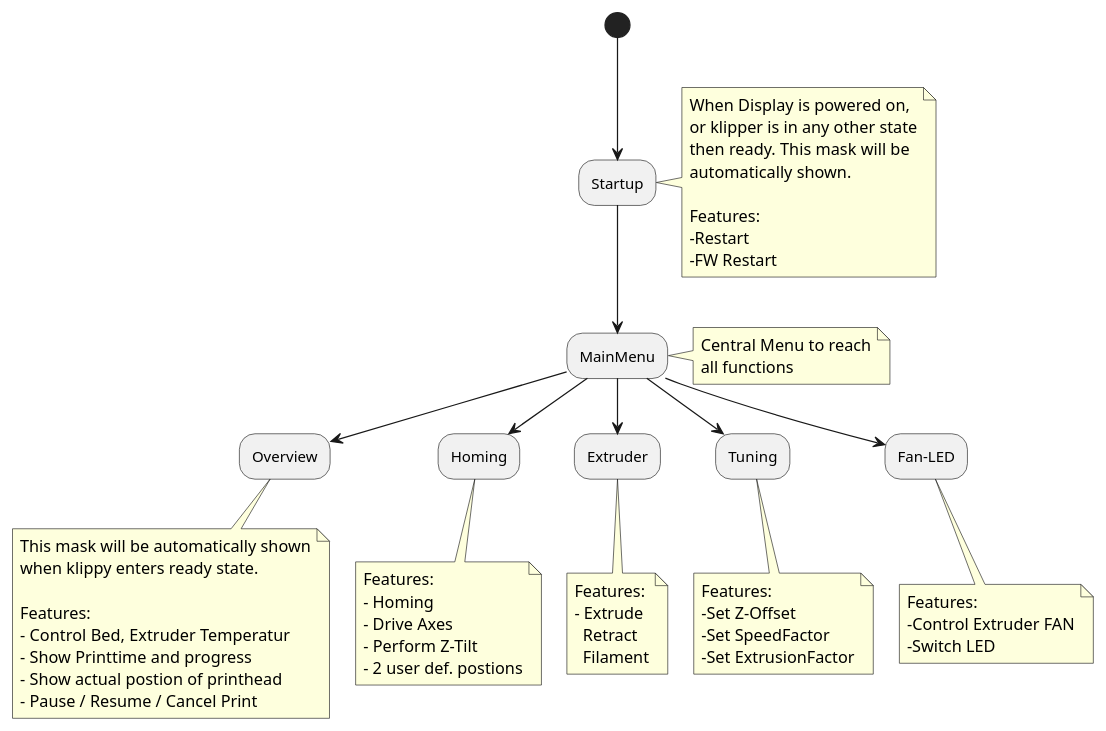
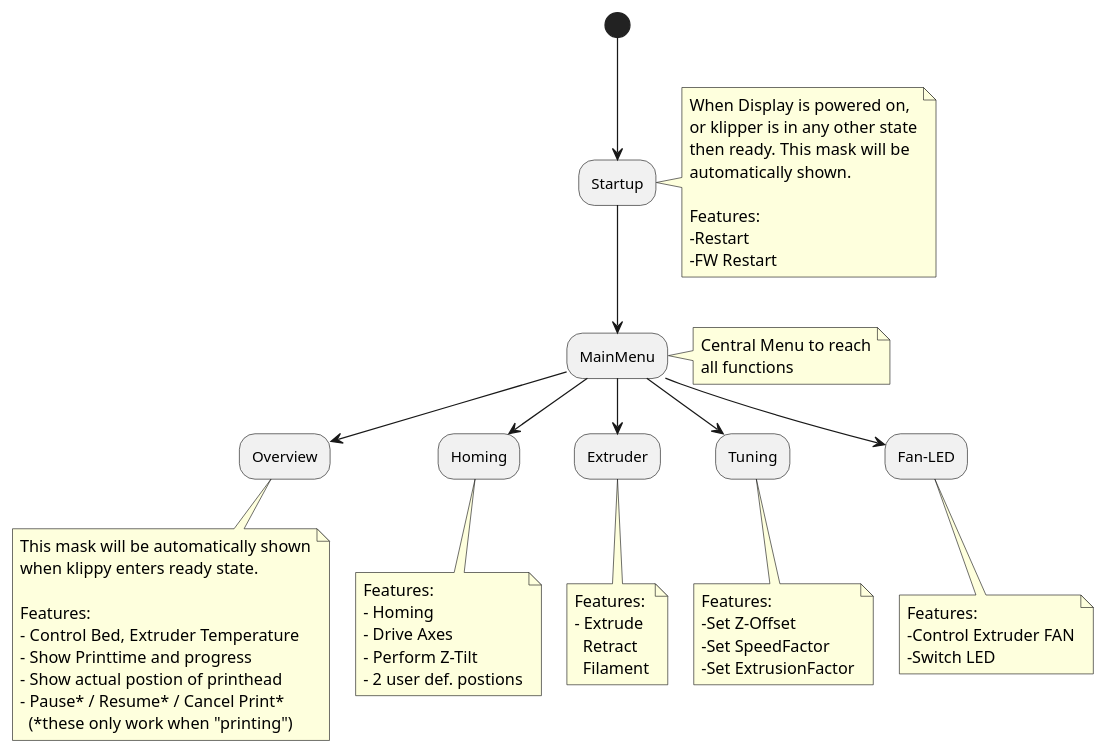
Before and after one commit to Thinkersbluff/Klipper-dgus_CR6: the diagram in doc/source/usage/general_usage/display_masks.rst, drawn with PlantUML. The commit also changed 7 other files, not shown here.

```diff
--- a/doc/source/usage/general_usage/display_masks.rst
+++ b/doc/source/usage/general_usage/display_masks.rst
@@ -5,64 +5,65 @@
 .. uml::
 
     (*) --> Startup
     note right
     When Display is powered on,
     or klipper is in any other state
     then ready. This mask will be 
     automatically shown.
 
     Features:
     -Restart
     -FW Restart
     end note
 
     Startup --> MainMenu
     note right
     Central Menu to reach
     all functions
     end note
 
     MainMenu --> Overview
     note bottom
     This mask will be automatically shown
     when klippy enters ready state.
 
     Features:
-    - Control Bed, Extruder Temperatur
+    - Control Bed, Extruder Temperature
     - Show Printtime and progress
     - Show actual postion of printhead
-    - Pause / Resume / Cancel Print
+    - Pause* / Resume* / Cancel Print*
+      (*these only work when "printing")
     end note
 
     MainMenu --> Homing
     note bottom
     Features:
     - Homing
     - Drive Axes
     - Perform Z-Tilt
     - 2 user def. postions
     end note
 
     MainMenu --> Extruder
     note bottom
     Features:
     - Extrude
       Retract
       Filament
     end note
 
     MainMenu --> Tuning
     note bottom
     Features:
     -Set Z-Offset
     -Set SpeedFactor
     -Set ExtrusionFactor
     end note
 
 
     MainMenu --> Fan-LED
     note bottom
     Features:
     -Control Extruder FAN
     -Switch LED
     end note
```
